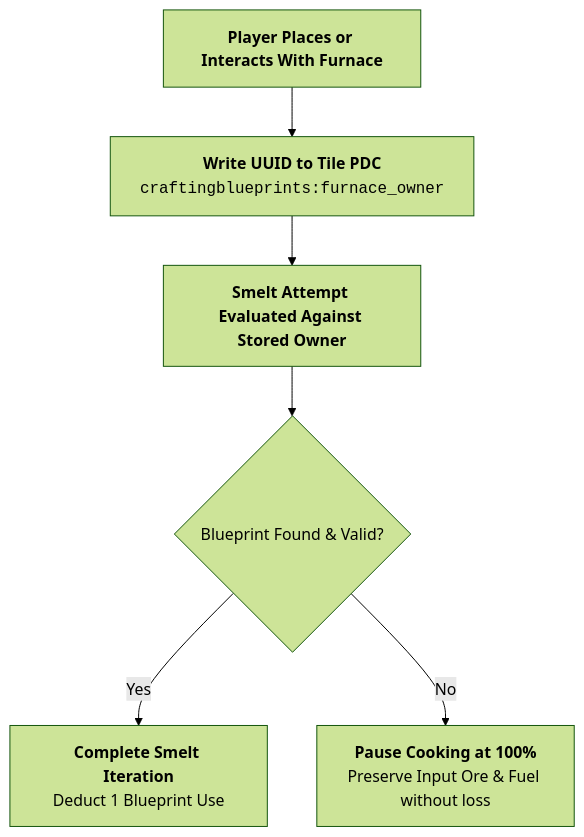
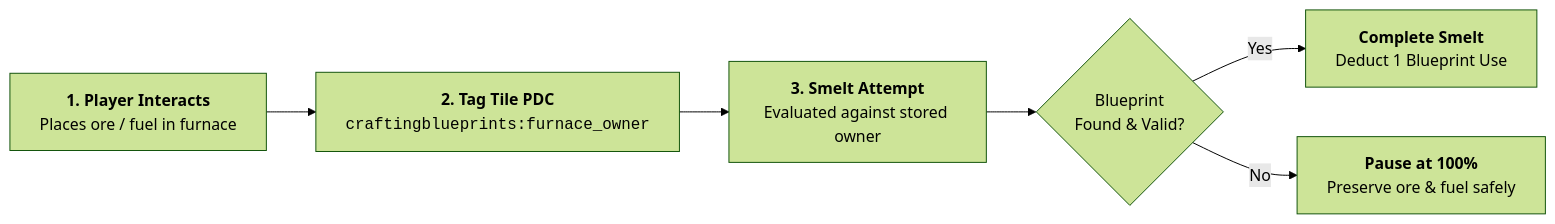
Before and after one commit to XZtotal/CraftingBlueprints-Wiki: the first of 2 diagrams in docs/mechanics/smelting-and-furnaces.md, drawn with Mermaid (forest theme). The commit also changed other lines of this file and 21 other files, not shown here.

Commit message:
style(docs): widen all remaining vertical diagrams to horizontal pipelines and guarantee shadow-DOM centering

````diff
--- a/docs/mechanics/smelting-and-furnaces.md
+++ b/docs/mechanics/smelting-and-furnaces.md
@@ -75,13 +74,6 @@
 ```mermaid
-flowchart TD
-    Interact["<b>Player Places or Interacts With Furnace</b>"]
-    Write["<b>Write UUID to Tile PDC</b><br/><code>craftingblueprints:furnace_owner</code>"]
-    Eval["<b>Smelt Attempt Evaluated Against Stored Owner</b>"]
-    Check{"Blueprint Found &amp; Valid?"}
-    Complete["<b>Complete Smelt Iteration</b><br/>Deduct 1 Blueprint Use"]
-    Pause["<b>Pause Cooking at 100%</b><br/>Preserve Input Ore &amp; Fuel without loss"]
-
-    Interact --> Write --> Eval --> Check
-    Check -->|Yes| Complete
-    Check -->|No| Pause
+flowchart LR
+    Interact["<b>1. Player Interacts</b><br/>Places ore / fuel in furnace"] --> Write["<b>2. Tag Tile PDC</b><br/><code>craftingblueprints:furnace_owner</code>"] --> Eval["<b>3. Smelt Attempt</b><br/>Evaluated against stored owner"] --> Check{"Blueprint<br/>Found &amp; Valid?"}
+    Check -->|Yes| Complete["<b>Complete Smelt</b><br/>Deduct 1 Blueprint Use"]
+    Check -->|No| Pause["<b>Pause at 100%</b><br/>Preserve ore &amp; fuel safely"]
 ```
````
